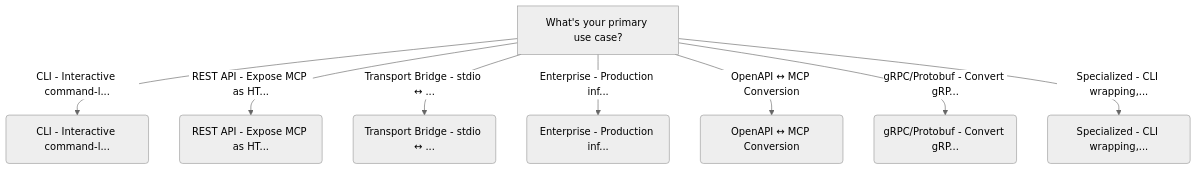
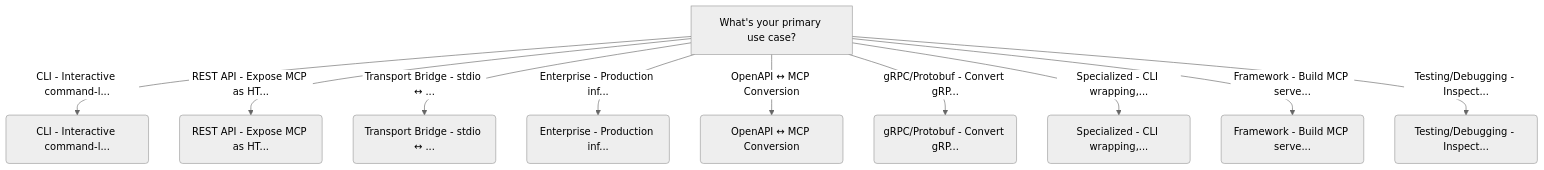
One commit to kb4ai/mcp-client-tools-comparison-pub-kb changed the first of 10 diagrams in comparisons/decision-tree.md. Above: the diagram before and after it, drawn with Mermaid (neutral theme). The commit also changed other lines of this file and 4 other files, not shown here.

````diff
--- a/comparisons/decision-tree.md
+++ b/comparisons/decision-tree.md
@@ -19,27 +21,33 @@
 ```mermaid
 %% Overview: Choose an MCP Ecosystem Tool
 
 flowchart TD
     mcp_tool_chooser_root["What's your primary use case?"]
     mcp_tool_chooser_root -->|"CLI - Interactive command-l..."| mcp_tool_chooser_0
     mcp_tool_chooser_0("CLI - Interactive command-l...")
     click mcp_tool_chooser_0 "#section-0"
     mcp_tool_chooser_root -->|"REST API - Expose MCP as HT..."| mcp_tool_chooser_1
     mcp_tool_chooser_1("REST API - Expose MCP as HT...")
     click mcp_tool_chooser_1 "#section-1"
     mcp_tool_chooser_root -->|"Transport Bridge - stdio ↔ ..."| mcp_tool_chooser_2
     mcp_tool_chooser_2("Transport Bridge - stdio ↔ ...")
     click mcp_tool_chooser_2 "#section-2"
     mcp_tool_chooser_root -->|"Enterprise - Production inf..."| mcp_tool_chooser_3
     mcp_tool_chooser_3("Enterprise - Production inf...")
     click mcp_tool_chooser_3 "#section-3"
     mcp_tool_chooser_root -->|"OpenAPI ↔ MCP Conversion"| mcp_tool_chooser_4
     mcp_tool_chooser_4("OpenAPI ↔ MCP Conversion")
     click mcp_tool_chooser_4 "#section-4"
     mcp_tool_chooser_root -->|"gRPC/Protobuf - Convert gRP..."| mcp_tool_chooser_5
     mcp_tool_chooser_5("gRPC/Protobuf - Convert gRP...")
     click mcp_tool_chooser_5 "#section-5"
     mcp_tool_chooser_root -->|"Specialized - CLI wrapping,..."| mcp_tool_chooser_6
     mcp_tool_chooser_6("Specialized - CLI wrapping,...")
     click mcp_tool_chooser_6 "#section-6"
+    mcp_tool_chooser_root -->|"Framework - Build MCP serve..."| mcp_tool_chooser_7
+    mcp_tool_chooser_7("Framework - Build MCP serve...")
+    click mcp_tool_chooser_7 "#section-7"
+    mcp_tool_chooser_root -->|"Testing/Debugging - Inspect..."| mcp_tool_chooser_8
+    mcp_tool_chooser_8("Testing/Debugging - Inspect...")
+    click mcp_tool_chooser_8 "#section-8"
 ```
````
